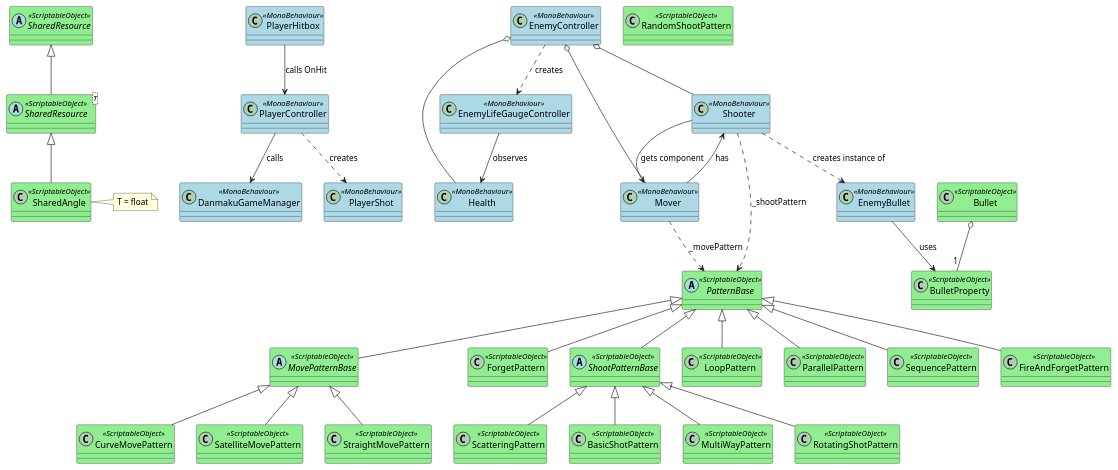
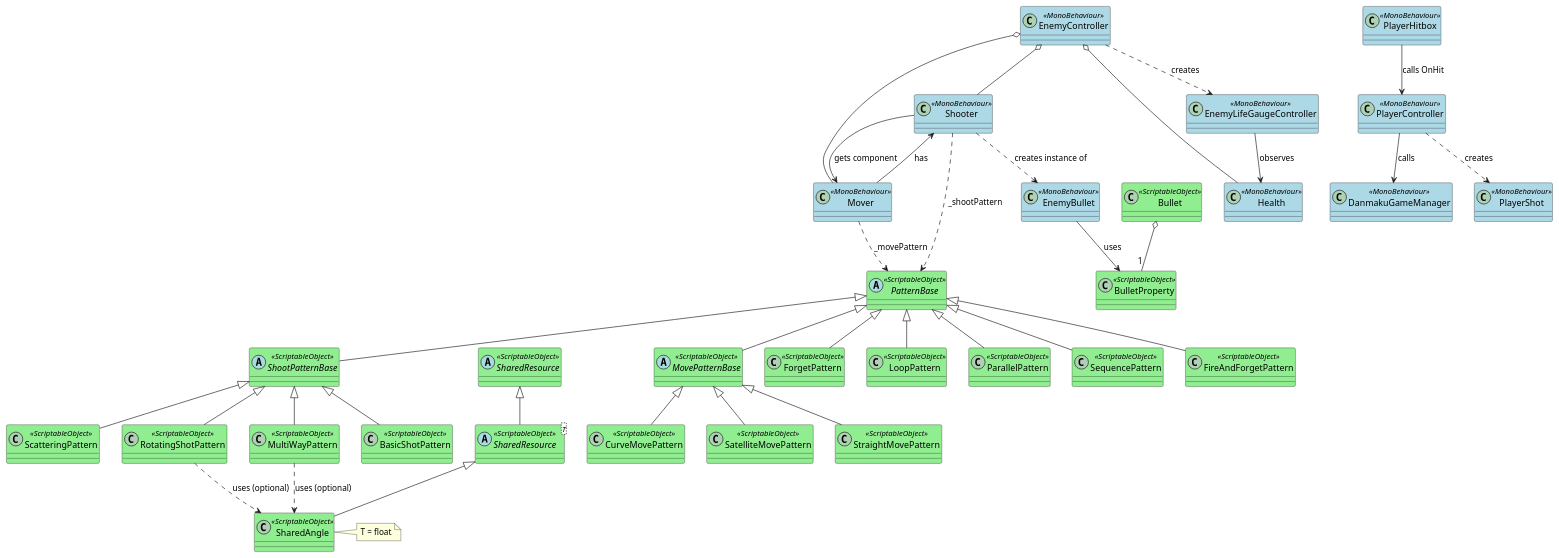
One commit to himitu-da/Touhou-Spell-Up changed the diagram in ClassDiagram.puml. Above: the diagram before and after it, drawn with PlantUML. The commit also changed 23 other files, not shown here.

```diff
--- a/ClassDiagram.puml
+++ b/ClassDiagram.puml
@@ -1,92 +1,92 @@
 @startuml ClassDiagram
 ' ステレオタイプの色設定
 skinparam class {
     BackgroundColor<<MonoBehaviour>> LightBlue
     BackgroundColor<<ScriptableObject>> LightGreen
 }
 
 ' クラスの定義
 class DanmakuGameManager <<MonoBehaviour>>
 class PlayerController <<MonoBehaviour>>
 class EnemyController <<MonoBehaviour>>
 class Health <<MonoBehaviour>>
 class Shooter <<MonoBehaviour>>
 class Mover <<MonoBehaviour>>
 
 ' --- パターン関連 ---
 abstract class PatternBase <<ScriptableObject>>
 abstract class MovePatternBase <<ScriptableObject>>
 class ForgetPattern <<ScriptableObject>>
 PatternBase <|-- MovePatternBase
 PatternBase <|-- ForgetPattern
 abstract class ShootPatternBase <<ScriptableObject>>
 PatternBase <|-- ShootPatternBase
 
 class BasicShotPattern <<ScriptableObject>>
 class MultiWayPattern <<ScriptableObject>>
 class RotatingShotPattern <<ScriptableObject>>
 class ScatteringPattern <<ScriptableObject>>
 ShootPatternBase <|-- BasicShotPattern
 ShootPatternBase <|-- MultiWayPattern
 ShootPatternBase <|-- RotatingShotPattern
 ShootPatternBase <|-- ScatteringPattern
 
 class LoopPattern <<ScriptableObject>>
 class ParallelPattern <<ScriptableObject>>
 class SequencePattern <<ScriptableObject>>
 class FireAndForgetPattern <<ScriptableObject>>
 PatternBase <|-- LoopPattern
 PatternBase <|-- ParallelPattern
 PatternBase <|-- SequencePattern
 PatternBase <|-- FireAndForgetPattern
 
-class RandomShootPattern <<ScriptableObject>>
-
-
 class StraightMovePattern <<ScriptableObject>>
 class CurveMovePattern <<ScriptableObject>>
 class SatelliteMovePattern <<ScriptableObject>>
 MovePatternBase <|-- StraightMovePattern
 MovePatternBase <|-- CurveMovePattern
 MovePatternBase <|-- SatelliteMovePattern
 
 ' --- 共有リソース関連 ---
 abstract class SharedResource <<ScriptableObject>>
 abstract class "SharedResource<T>" as SharedResource_T <<ScriptableObject>>
 class SharedAngle <<ScriptableObject>>
 SharedResource <|-- SharedResource_T
 SharedResource_T <|-- SharedAngle
 note right of SharedAngle : T = float
+
+MultiWayPattern ..> SharedAngle : "uses (optional)"
+RotatingShotPattern ..> SharedAngle : "uses (optional)"
 
 ' --- 弾関連 ---
 class Bullet <<ScriptableObject>>
 class BulletProperty <<ScriptableObject>>
 class EnemyBullet <<MonoBehaviour>>
 
 ' --- その他 ---
 class PlayerShot <<MonoBehaviour>>
 class PlayerHitbox <<MonoBehaviour>>
 class EnemyLifeGaugeController <<MonoBehaviour>>
 
 
 ' 関連
 PlayerController --> DanmakuGameManager : "calls"
 EnemyController o-- Health
 EnemyController o-- Shooter
 EnemyController o-- Mover
 Shooter --> Mover : "gets component"
 Mover --> Shooter : "has"
 
 Shooter ..> PatternBase : "_shootPattern"
 Mover ..> PatternBase : "_movePattern"
 
 Shooter ..> EnemyBullet : "creates instance of"
 Bullet o-- "1" BulletProperty
 EnemyBullet --> BulletProperty : "uses"
 
 PlayerController ..> PlayerShot : "creates"
 PlayerHitbox --> PlayerController : "calls OnHit"
 EnemyController ..> EnemyLifeGaugeController : "creates"
 EnemyLifeGaugeController --> Health : "observes"
 
 @enduml
```
